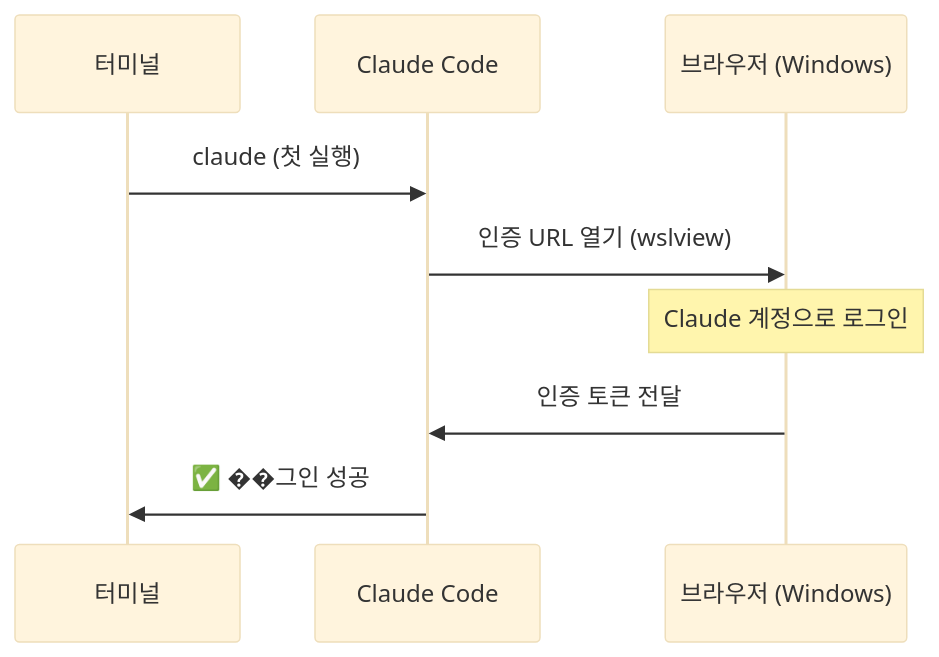
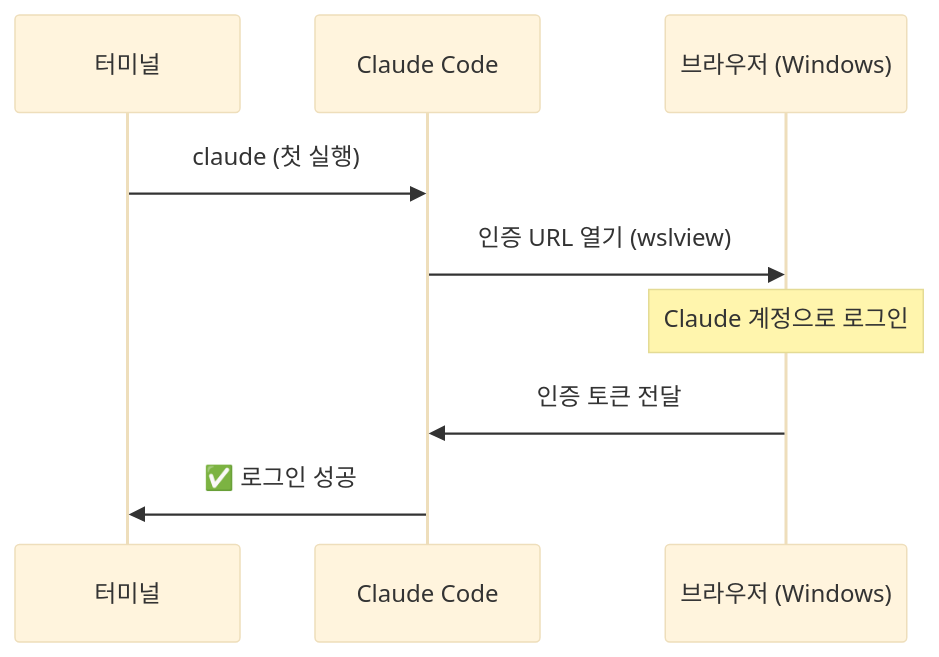
The fourth of 4 diagrams in guides/00-WSL-환경설정.md (s99606931/autovibe), drawn with Mermaid (base theme) before and after one commit. The commit also changed 7 other files, not shown here.

````diff
--- a/guides/00-WSL-환경설정.md
+++ b/guides/00-WSL-환경설정.md
@@ -115,12 +115,12 @@
 ```mermaid
 sequenceDiagram
     participant T as 터미널
     participant CC as Claude Code
     participant B as 브라우저 (Windows)
 
     T->>CC: claude (첫 실행)
     CC->>B: 인증 URL 열기 (wslview)
     Note over B: Claude 계정으로 로그인
     B->>CC: 인증 토큰 전달
-    CC->>T: ✅ ��그인 성공
+    CC->>T: ✅ 로그인 성공
 ```
````
